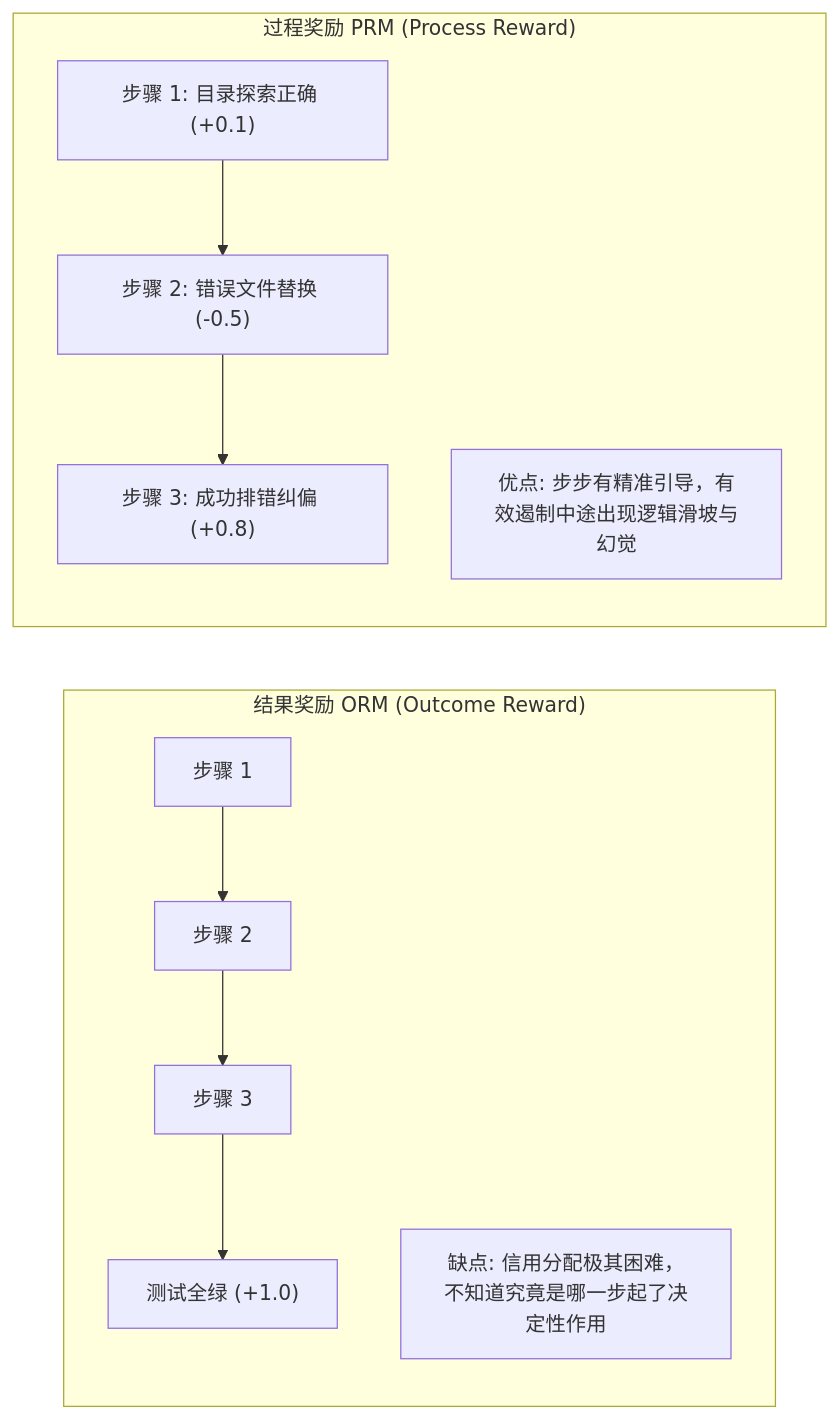
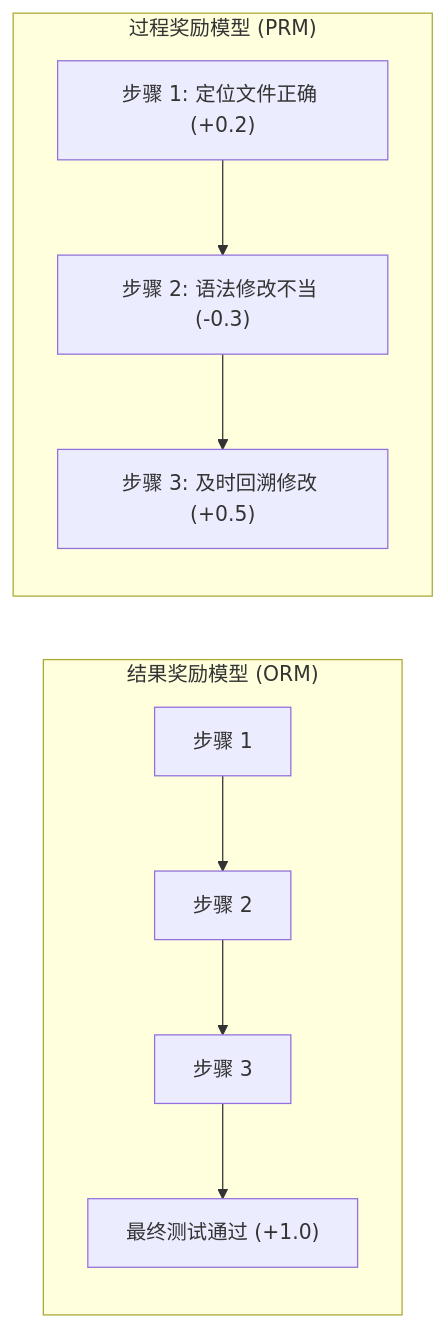
Before and after one commit to ljh12138164/ai-agent-study: the third of 4 diagrams in app/ch08-post-training/03-rlef-and-test-time-compute/page.mdx, drawn with Mermaid. The commit also changed other lines of this file and 43 other files, not shown here.

````diff
--- a/app/ch08-post-training/03-rlef-and-test-time-compute/page.mdx
+++ b/app/ch08-post-training/03-rlef-and-test-time-compute/page.mdx
@@ -72,12 +69,10 @@
 ```mermaid
-graph LR
-    subgraph ORM_Flow["结果奖励 ORM (Outcome Reward)"]
-        Step1["步骤 1"] --> Step2["步骤 2"] --> Step3["步骤 3"] --> FinalPass["测试全绿 (+1.0)"]
-        Note1["缺点: 信用分配极其困难，不知道究竟是哪一步起了决定性作用"]
+flowchart LR
+    subgraph ORM["结果奖励模型 (ORM)"]
+        O_S1["步骤 1"] --> O_S2["步骤 2"] --> O_S3["步骤 3"] --> O_Done["最终测试通过 (+1.0)"]
     end
     
-    subgraph PRM_Flow["过程奖励 PRM (Process Reward)"]
-        P1["步骤 1: 目录探索正确 (+0.1)"] --> P2["步骤 2: 错误文件替换 (-0.5)"] --> P3["步骤 3: 成功排错纠偏 (+0.8)"]
-        Note2["优点: 步步有精准引导，有效遏制中途出现逻辑滑坡与幻觉"]
+    subgraph PRM["过程奖励模型 (PRM)"]
+        P_S1["步骤 1: 定位文件正确 (+0.2)"] --> P_S2["步骤 2: 语法修改不当 (-0.3)"] --> P_S3["步骤 3: 及时回溯修改 (+0.5)"]
     end
 ```
````
